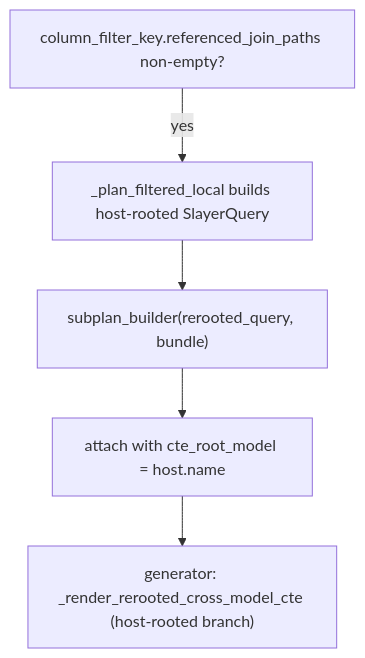
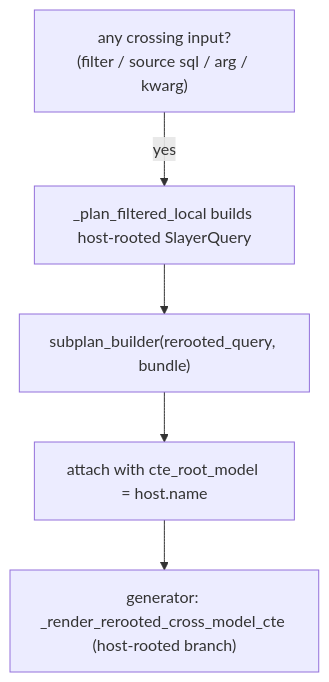
One commit to MotleyAI/slayer changed the third of 3 diagrams in docs/architecture/cross-model-aggregates.md. Above: the diagram before and after it, drawn with Mermaid. The commit also changed other lines of this file and 14 other files, not shown here.

````diff
--- a/docs/architecture/cross-model-aggregates.md
+++ b/docs/architecture/cross-model-aggregates.md
@@ -163,8 +187,8 @@
 ```mermaid
 flowchart TB
-    detect["column_filter_key.referenced_join_paths non-empty?"]
+    detect["any crossing input?\n(filter / source sql / arg / kwarg)"]
     detect -->|yes| build["_plan_filtered_local builds host-rooted SlayerQuery"]
     build --> replan["subplan_builder(rerooted_query, bundle)"]
     replan --> attach["attach with cte_root_model = host.name"]
     attach --> gen["generator: _render_rerooted_cross_model_cte (host-rooted branch)"]
 ```
````
